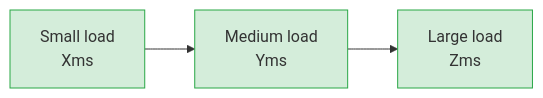
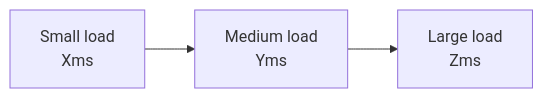
The fourth of 4 diagrams in assets/templates/code_review_template.md (Omri4Semperis/Glyph), drawn with Mermaid before and after one commit. The commit also changed other lines of this file, not shown here.

````diff
--- a/assets/templates/code_review_template.md
+++ b/assets/templates/code_review_template.md
@@ -272,9 +228,5 @@
 ```mermaid
 graph LR
     A[Small load<br/>Xms] --> B[Medium load<br/>Yms]
     B --> C[Large load<br/>Zms]
-    
-    style A fill:#d4edda,stroke:#28a745
-    style B fill:#d4edda,stroke:#28a745
-    style C fill:#d4edda,stroke:#28a745
 ```
````
